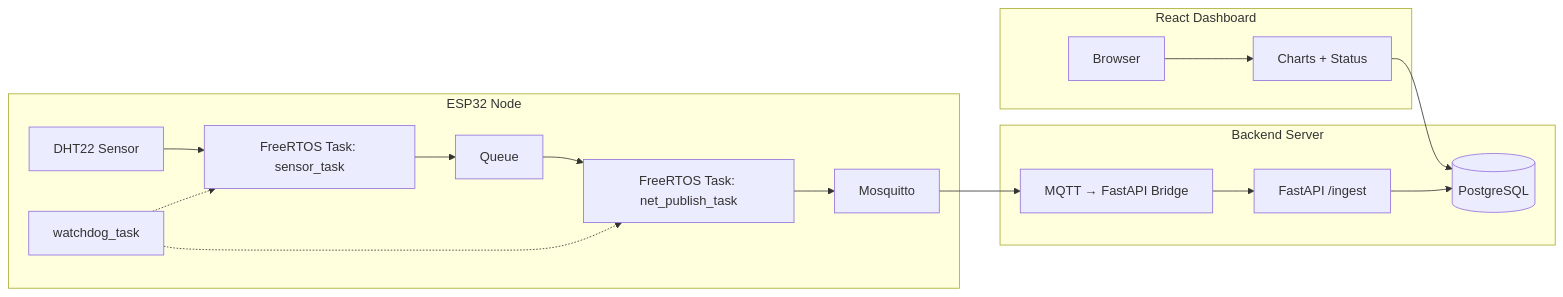
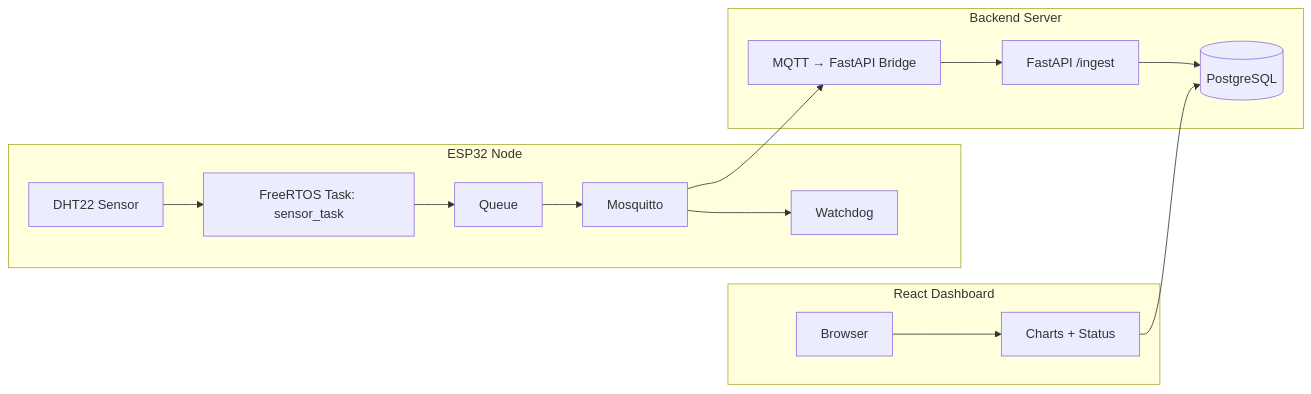
The diagram in README.md (DALBrian/ESP32-Iot-Web), drawn with Mermaid before and after one commit. The commit also changed other lines of this file and 4 other files, not shown here.

Commit message:
[Add, Modify] 1. Add flowchart images. 2. Modify README.md.

````diff
--- a/README.md
+++ b/README.md
@@ -40,23 +43,20 @@
 ```mermaid
 flowchart LR
     subgraph ESP32 [ESP32 Node]
         Sensor[DHT22 Sensor] --> SensorTask
         SensorTask["FreeRTOS Task: sensor_task"] --> Queue
-        NetTask["FreeRTOS Task: net_publish_task"] --> Mosquitto
-        Watchdog["watchdog_task"] -.-> SensorTask
-        Watchdog -.-> NetTask
-        Queue --> NetTask
+        Queue --> Mosquitto
+        Mosquitto --> Watchdog
     end
-
 
     subgraph Server [Backend Server]
         Mosquitto --> Bridge[MQTT → FastAPI Bridge]
         Bridge --> API[FastAPI /ingest]
         API --> DB[(PostgreSQL )]
     end
 
     subgraph Web [React Dashboard]
         Browser --> UI[Charts + Status]
         UI --> DB
     end
 ```
````
